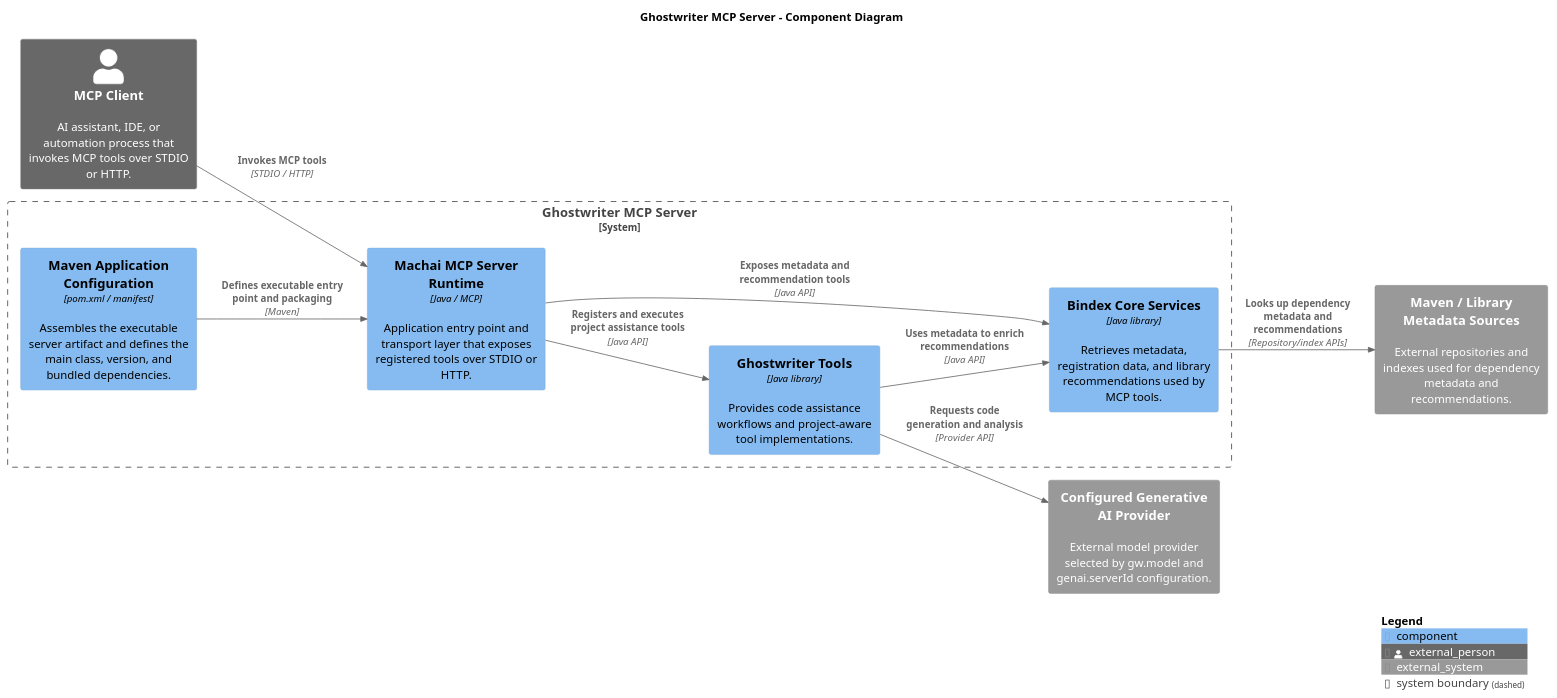
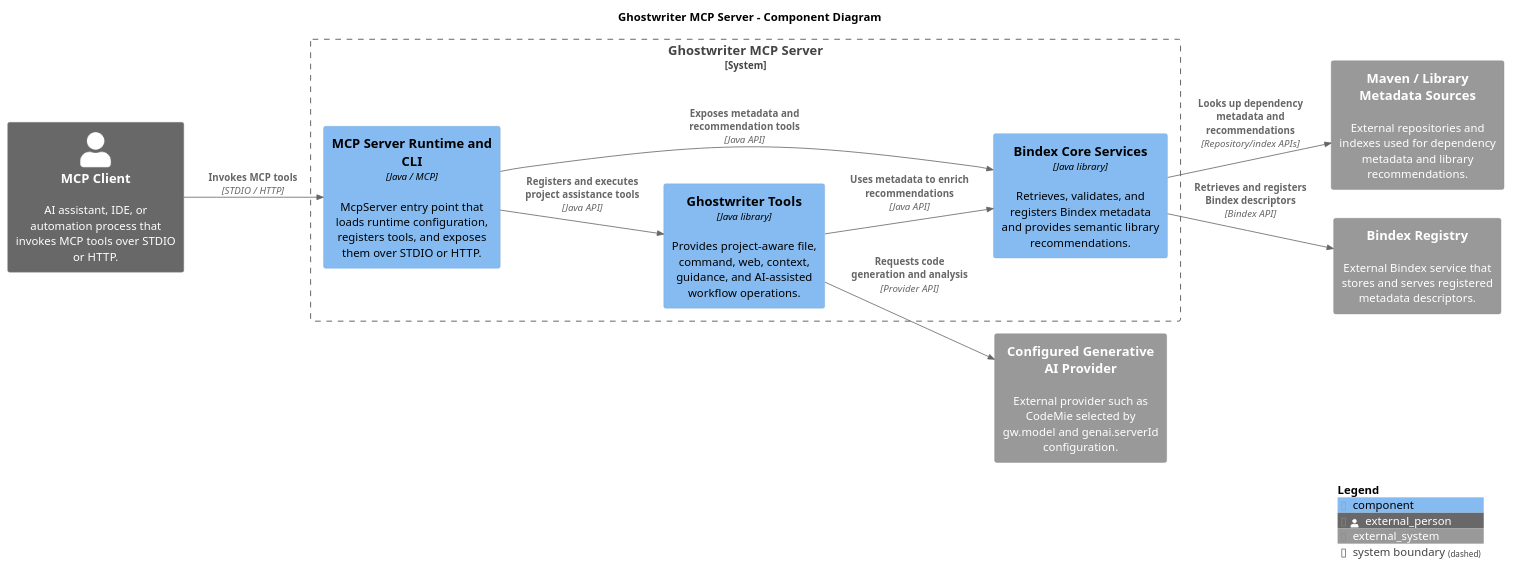
The diagram in src/site/puml/c4-diagram.puml (machanism-org/gw-mcp-server), drawn with PlantUML before and after one commit. The commit also changed 2 other files, not shown here.

Commit message:
file updated by gw:gw -T8 Token usage summary for model 'gpt-5.6-luna-2026-07-09': Input = 17824138, Cached = 10986411, Output = 231321. $4.05

```diff
--- a/src/site/puml/c4-diagram.puml
+++ b/src/site/puml/c4-diagram.puml
@@ -11,30 +11,30 @@
 @startuml c4-diagram
 !include https://raw.githubusercontent.com/plantuml-stdlib/C4-PlantUML/master/C4_Component.puml
 
 LAYOUT_WITH_LEGEND()
 LAYOUT_LEFT_RIGHT()
 
 title Ghostwriter MCP Server - Component Diagram
 
 Person_Ext(mcpClient, "MCP Client", "AI assistant, IDE, or automation process that invokes MCP tools over STDIO or HTTP.")
 
 System_Boundary(gwMcpServer, "Ghostwriter MCP Server") {
-    Component(mcpRuntime, "Machai MCP Server Runtime", "Java / MCP", "Application entry point and transport layer that exposes registered tools over STDIO or HTTP.")
-    Component(ghostwriterTools, "Ghostwriter Tools", "Java library", "Provides code assistance workflows and project-aware tool implementations.")
-    Component(bindexServices, "Bindex Core Services", "Java library", "Retrieves metadata, registration data, and library recommendations used by MCP tools.")
-    Component(configuration, "Maven Application Configuration", "pom.xml / manifest", "Assembles the executable server artifact and defines the main class, version, and bundled dependencies.")
+    Component(mcpRuntime, "MCP Server Runtime and CLI", "Java / MCP", "McpServer entry point that loads runtime configuration, registers tools, and exposes them over STDIO or HTTP.")
+    Component(ghostwriterTools, "Ghostwriter Tools", "Java library", "Provides project-aware file, command, web, context, guidance, and AI-assisted workflow operations.")
+    Component(bindexServices, "Bindex Core Services", "Java library", "Retrieves, validates, and registers Bindex metadata and provides semantic library recommendations.")
 }
 
-System_Ext(genAiProvider, "Configured Generative AI Provider", "External model provider selected by gw.model and genai.serverId configuration.")
-System_Ext(packageRepos, "Maven / Library Metadata Sources", "External repositories and indexes used for dependency metadata and recommendations.")
+System_Ext(genAiProvider, "Configured Generative AI Provider", "External provider such as CodeMie selected by gw.model and genai.serverId configuration.")
+System_Ext(packageRepos, "Maven / Library Metadata Sources", "External repositories and indexes used for dependency metadata and library recommendations.")
+System_Ext(bindexRegistry, "Bindex Registry", "External Bindex service that stores and serves registered metadata descriptors.")
 
 Rel(mcpClient, mcpRuntime, "Invokes MCP tools", "STDIO / HTTP")
 Rel(mcpRuntime, ghostwriterTools, "Registers and executes project assistance tools", "Java API")
 Rel(mcpRuntime, bindexServices, "Exposes metadata and recommendation tools", "Java API")
-Rel(configuration, mcpRuntime, "Defines executable entry point and packaging", "Maven")
 Rel(ghostwriterTools, genAiProvider, "Requests code generation and analysis", "Provider API")
 Rel(bindexServices, packageRepos, "Looks up dependency metadata and recommendations", "Repository/index APIs")
+Rel(bindexServices, bindexRegistry, "Retrieves and registers Bindex descriptors", "Bindex API")
 Rel(ghostwriterTools, bindexServices, "Uses metadata to enrich recommendations", "Java API")
 
 SHOW_LEGEND()
 @enduml
```
